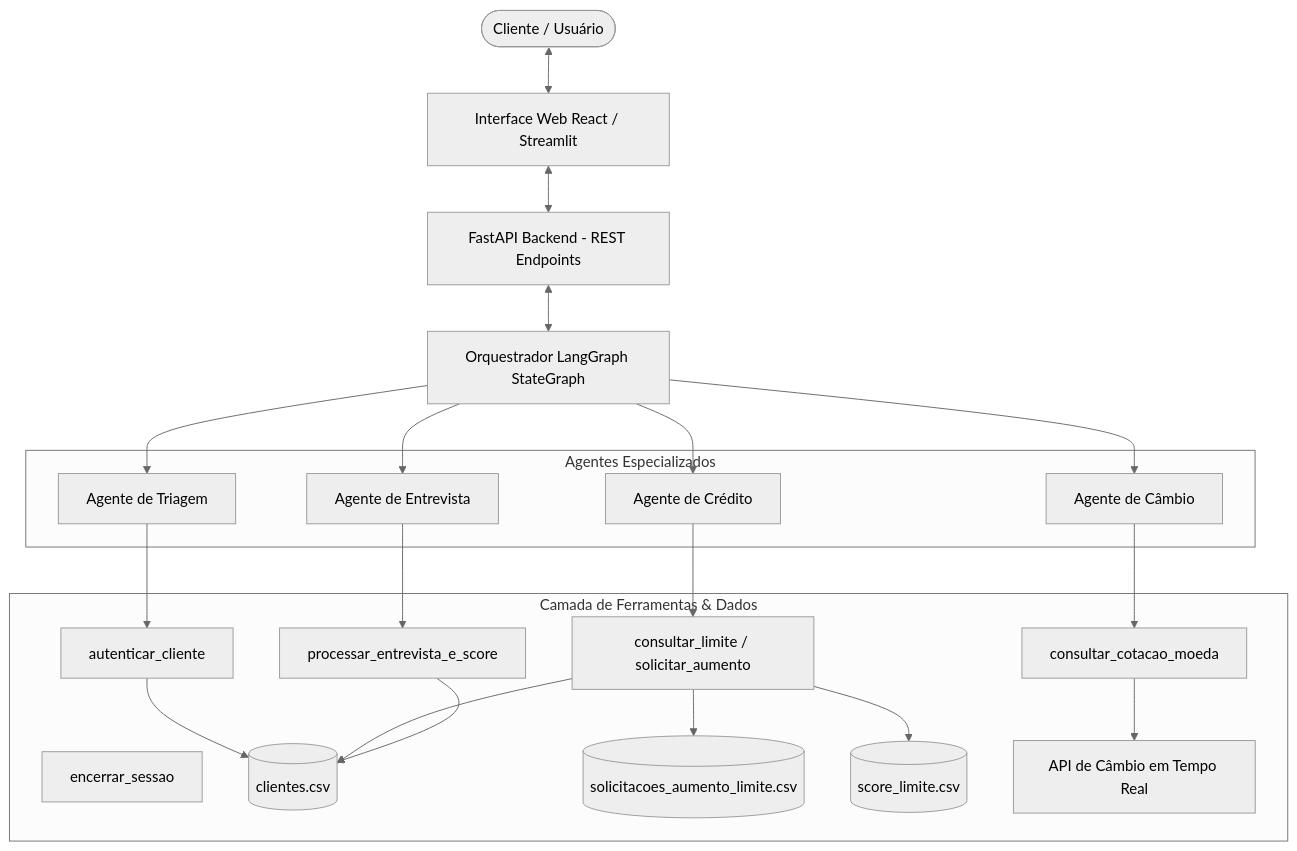
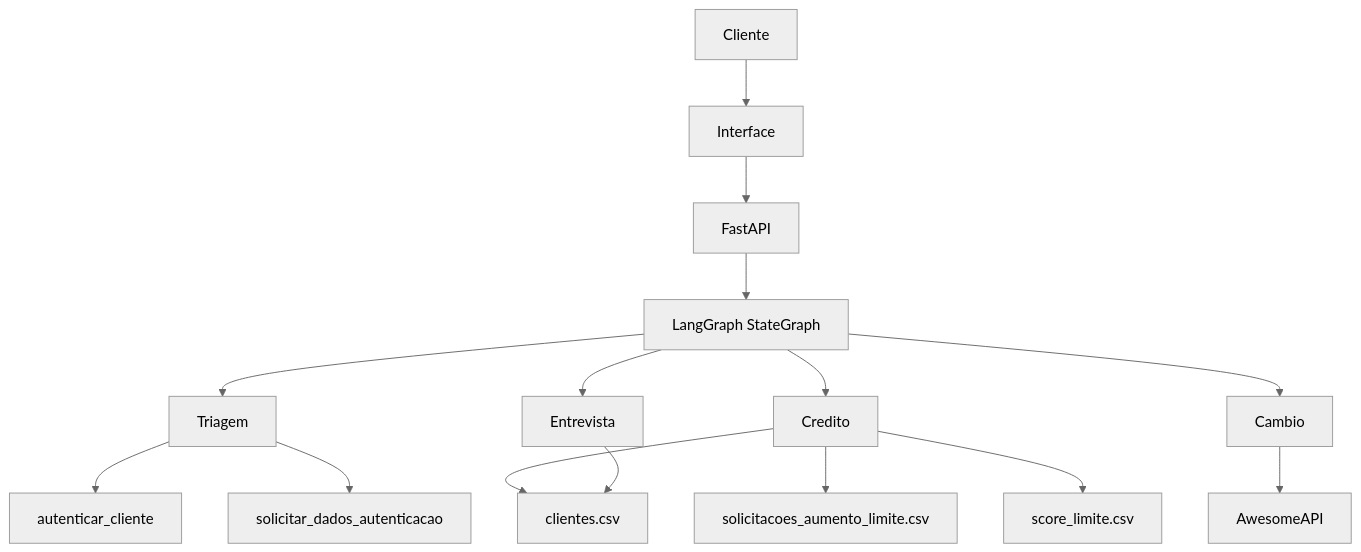
The diagram in README.md (Joao-Madeiro/desafio-agente-bancario-inteligente), drawn with Mermaid (neutral theme) before and after one commit. The commit also changed other lines of this file and 28 other files, not shown here.

Commit message:
feat: implement multi-agent banking system with authentication, credit, and session management modules

````diff
--- a/README.md
+++ b/README.md
@@ -23,36 +18,17 @@
 ```mermaid
 flowchart TD
-    User([Cliente / Usuário]) <--> UI[Interface Web React / Streamlit]
-    UI <--> API[FastAPI Backend - REST Endpoints]
-    API <--> Graph[Orquestrador LangGraph StateGraph]
-
-    subgraph Agentes Especializados
-        Triage[Agente de Triagem]
-        Credit[Agente de Crédito]
-        Interview[Agente de Entrevista]
-        Exchange[Agente de Câmbio]
-    end
-
-    Graph --> Triage
-    Graph --> Credit
-    Graph --> Interview
-    Graph --> Exchange
-
-    subgraph Camada de Ferramentas & Dados
-        T_Auth[autenticar_cliente]
-        T_Credit[consultar_limite / solicitar_aumento]
-        T_Interview[processar_entrevista_e_score]
-        T_Exchange[consultar_cotacao_moeda]
-        T_Session[encerrar_sessao]
-
-        DB_Clientes[(clientes.csv)]
-        DB_Solicitacoes[(solicitacoes_aumento_limite.csv)]
-        DB_Score[(score_limite.csv)]
-        API_AwesomeAPI[API de Câmbio em Tempo Real]
-    end
-
-    Triage --> T_Auth --> DB_Clientes
-    Credit --> T_Credit --> DB_Clientes & DB_Solicitacoes & DB_Score
-    Interview --> T_Interview --> DB_Clientes
-    Exchange --> T_Exchange --> API_AwesomeAPI
+    Cliente --> Interface
+    Interface --> API[FastAPI]
+    API --> Orquestrador[LangGraph StateGraph]
+    Orquestrador --> Triagem
+    Orquestrador --> Credito
+    Orquestrador --> Entrevista
+    Orquestrador --> Cambio
+    Triagem --> Auth[autenticar_cliente]
+    Triagem --> Modal[solicitar_dados_autenticacao]
+    Credito --> CSV1[clientes.csv]
+    Credito --> CSV2[solicitacoes_aumento_limite.csv]
+    Credito --> CSV3[score_limite.csv]
+    Entrevista --> CSV1
+    Cambio --> Cotacao[AwesomeAPI]
 ```
````
